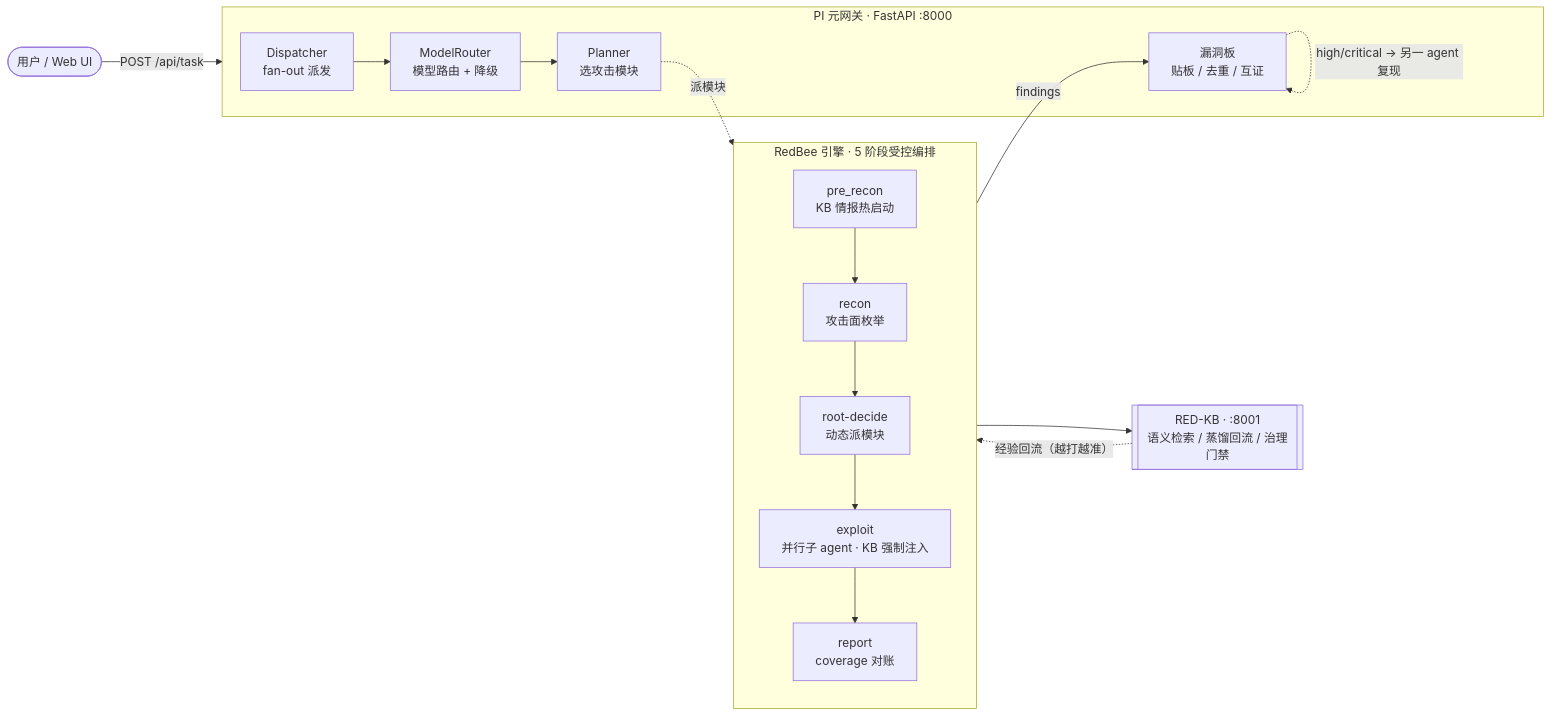
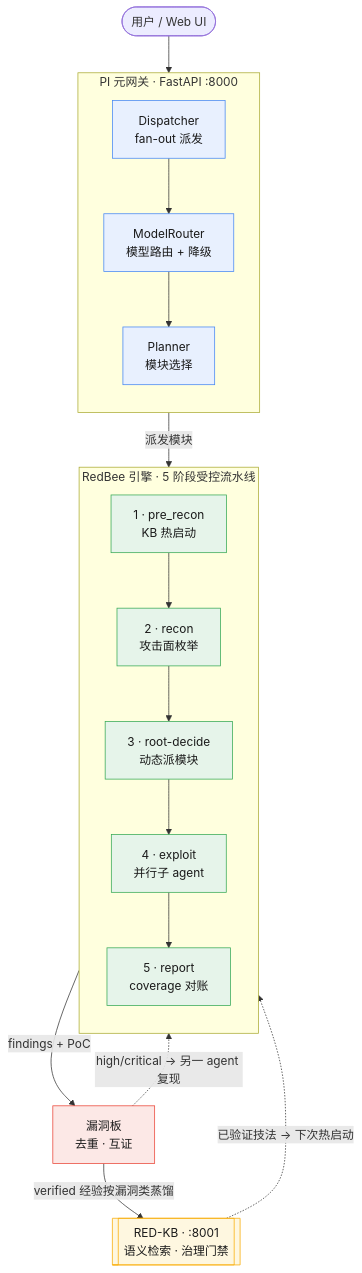
The diagram in README.zh-CN.md (zxq092/RedBee), drawn with Mermaid before and after one commit. The commit also changed 1 other file, not shown here.

Commit message:
docs: redesign architecture diagram
- TD pipeline layout (was LR blob): reads top-down, readable at GitHub width
- numbered phases 1-5, color-coded layers (gateway/engine/board/KB)
- vuln-board self-loop (ugly, often invisible) -> explicit board<->exploit
  re-proof edge
- KB now a true two-edge loop: findings distilled in, proven techniques
  fed back to pre_recon hot start (the 'gets sharper' story is now visible)

````diff
--- a/README.zh-CN.md
+++ b/README.zh-CN.md
@@ -14,28 +14,35 @@
 ```mermaid
-flowchart LR
-    U(["用户 / Web UI"]) -->|"POST /api/task"| PI
+flowchart TD
+    U(["用户 / Web UI"]) --> G
 
-    subgraph PI["PI 元网关 · FastAPI :8000"]
-        DISP["Dispatcher<br/>fan-out 派发"]
-        ROUT["ModelRouter<br/>模型路由 + 降级"]
-        PLAN["Planner<br/>选攻击模块"]
-        BOARD["漏洞板<br/>贴板 / 去重 / 互证"]
-        DISP --> ROUT --> PLAN
+    subgraph GW["PI 元网关 · FastAPI :8000"]
+        direction TB
+        G["Dispatcher<br/>fan-out 派发"] --> M["ModelRouter<br/>模型路由 + 降级"]
+        M --> P["Planner<br/>模块选择"]
     end
 
-    subgraph RB["RedBee 引擎 · 5 阶段受控编排"]
+    P -->|"派发模块"| S1
+
+    subgraph ENG["RedBee 引擎 · 5 阶段受控流水线"]
         direction TB
-        S1["pre_recon<br/>KB 情报热启动"] --> S2["recon<br/>攻击面枚举"]
-        S2 --> S3["root-decide<br/>动态派模块"]
-        S3 --> S4["exploit<br/>并行子 agent · KB 强制注入"]
-        S4 --> S5["report<br/>coverage 对账"]
+        S1["1 · pre_recon<br/>KB 热启动"] --> S2["2 · recon<br/>攻击面枚举"]
+        S2 --> S3["3 · root-decide<br/>动态派模块"]
+        S3 --> S4["4 · exploit<br/>并行子 agent"]
+        S4 --> S5["5 · report<br/>coverage 对账"]
     end
 
-    KB[["RED-KB · :8001<br/>语义检索 / 蒸馏回流 / 治理门禁"]]
+    S4 -->|"findings + PoC"| B["漏洞板<br/>去重 · 互证"]
+    B -.->|"high/critical → 另一 agent 复现"| S4
 
-    PLAN -. 派模块 .-> RB
-    RB -->|findings| BOARD
-    BOARD -. "high/critical → 另一 agent 复现" .-> BOARD
-    RB --> KB
-    KB -. "经验回流（越打越准）" .-> S1
+    B -->|"verified 经验按漏洞类蒸馏"| K[["RED-KB · :8001<br/>语义检索 · 治理门禁"]]
+    K -.->|"已验证技法 → 下次热启动"| S1
+
+    classDef gw fill:#e8f0fe,stroke:#4285f4,color:#1a1a1a
+    classDef eng fill:#e6f4ea,stroke:#34a853,color:#1a1a1a
+    classDef board fill:#fce8e6,stroke:#ea4335,color:#1a1a1a
+    classDef kb fill:#fef7e0,stroke:#f9ab00,color:#1a1a1a
+    class G,M,P gw
+    class S1,S2,S3,S4,S5 eng
+    class B board
+    class K kb
 ```
````
